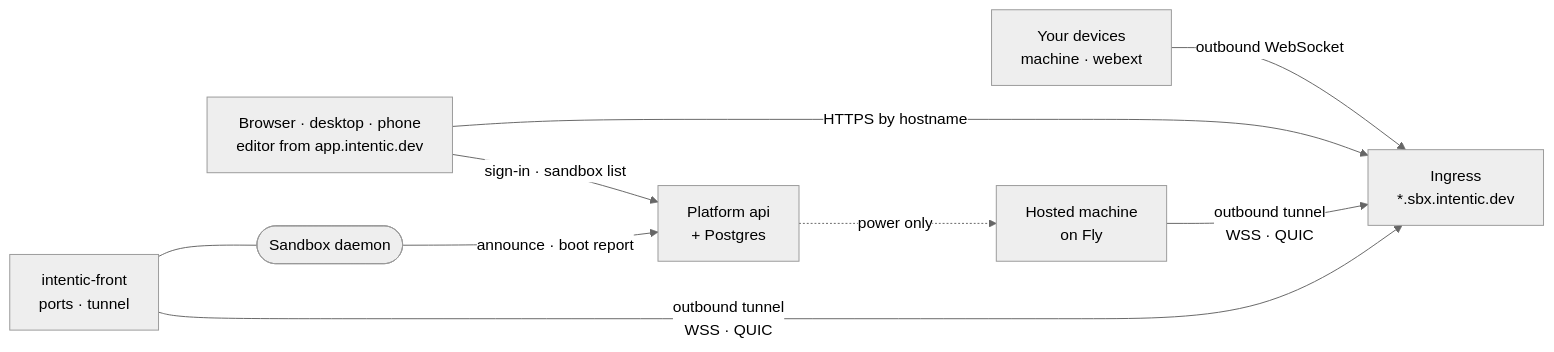
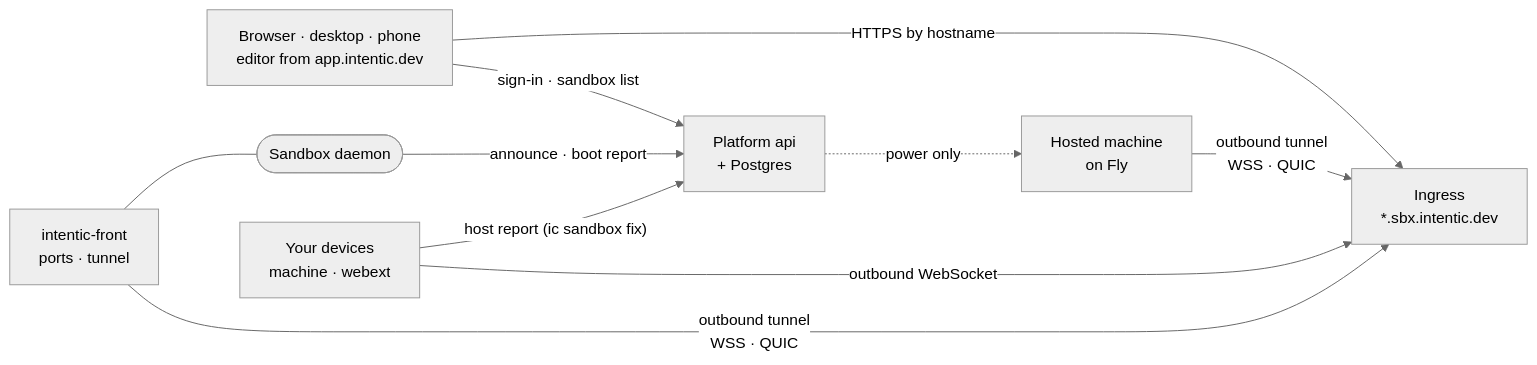
One commit to intentic/intentic changed the diagram in docs/architecture/topology.md. Above: the diagram before and after it, drawn with Mermaid (neutral theme). The commit also changed other lines of this file and 146 other files, not shown here.

````diff
--- a/docs/architecture/topology.md
+++ b/docs/architecture/topology.md
@@ -5,18 +5,19 @@
 ```mermaid
 flowchart LR
     browser["Browser · desktop · phone<br/>editor from app.intentic.dev"]
     api["Platform api<br/>+ Postgres"]
     ingress["Ingress<br/>*.sbx.intentic.dev"]
     front["intentic-front<br/>ports · tunnel"]
     daemon(["Sandbox daemon"])
     device["Your devices<br/>machine · webext"]
     fly["Hosted machine<br/>on Fly"]
     browser -->|"sign-in · sandbox list"| api
     browser -->|"HTTPS by hostname"| ingress
     front -->|"outbound tunnel<br/>WSS · QUIC"| ingress
     front --- daemon
     daemon -->|"announce · boot report"| api
     device -->|"outbound WebSocket"| ingress
+    device -->|"host report (ic sandbox fix)"| api
     fly -->|"outbound tunnel<br/>WSS · QUIC"| ingress
     api -.->|"power only"| fly
 ```
````
